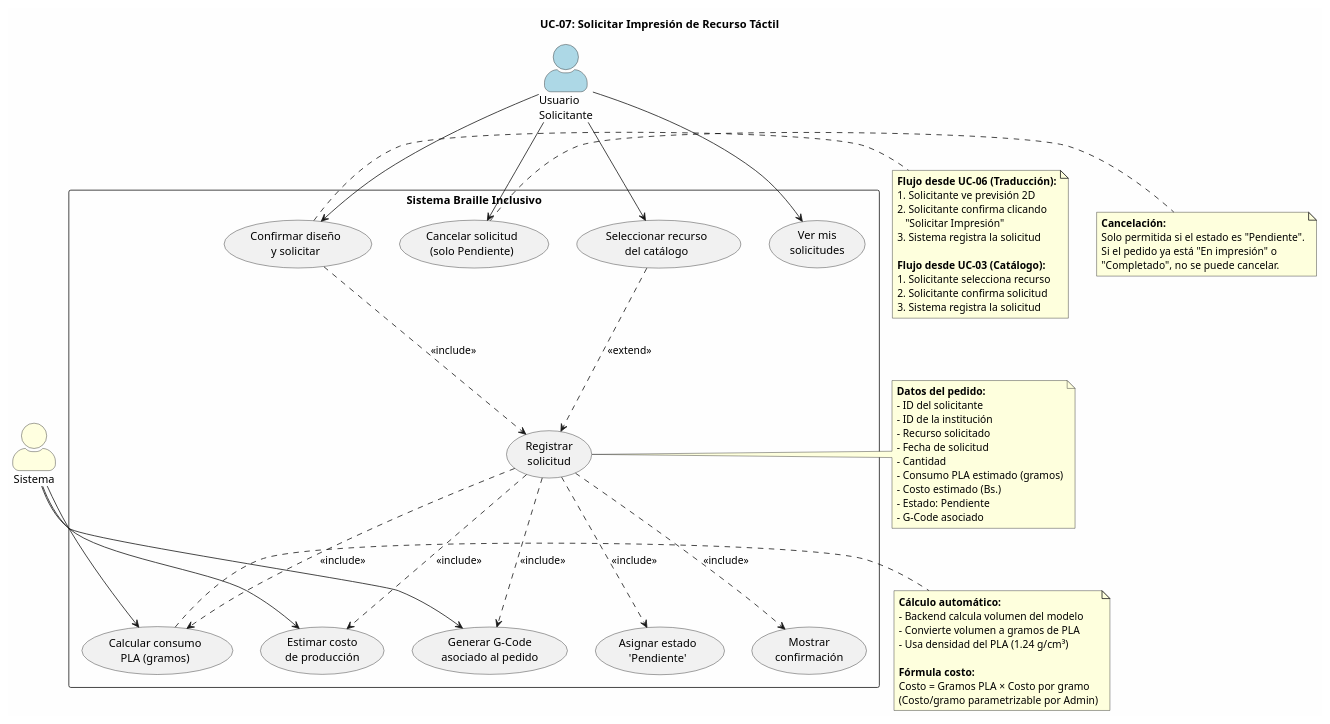
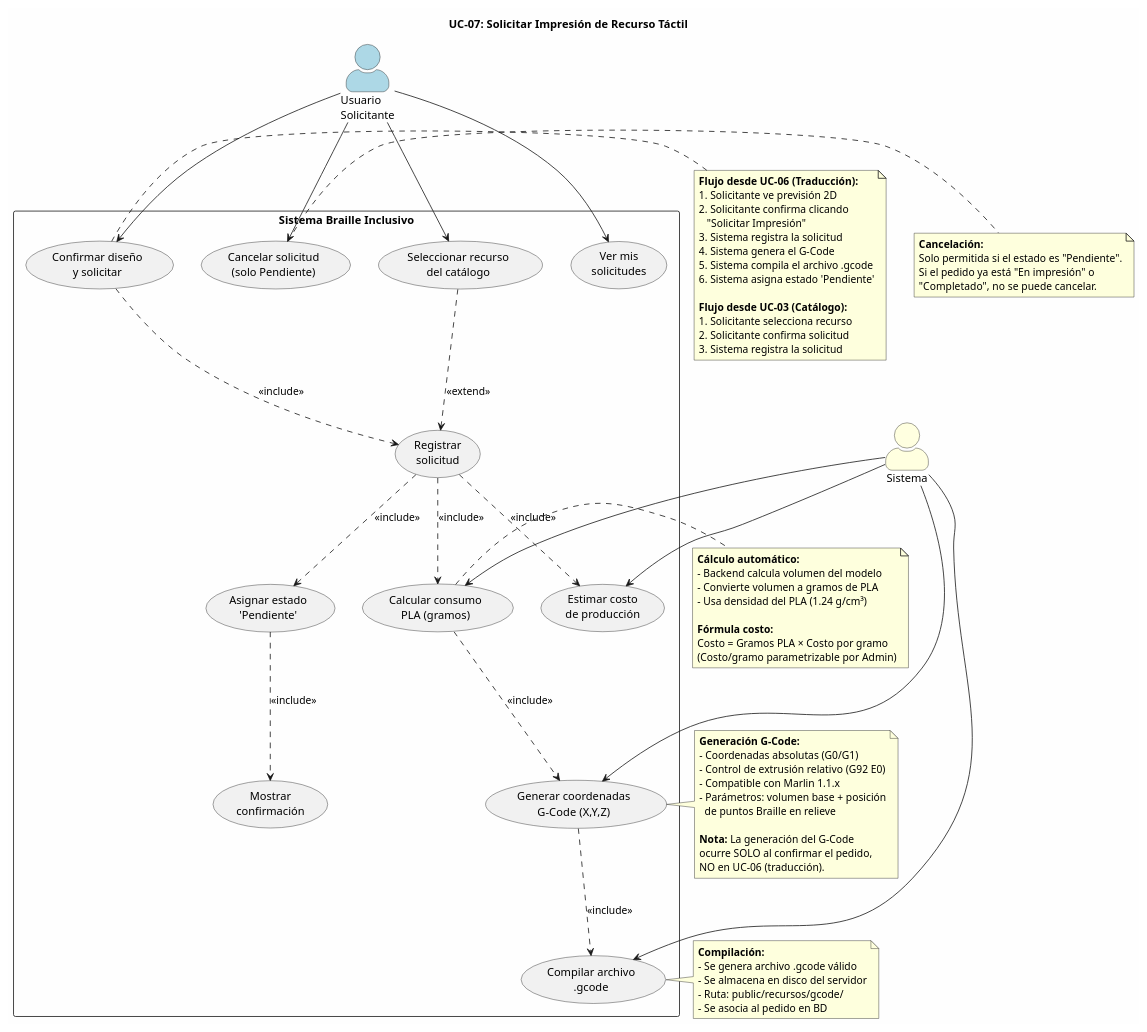
The diagram in docs/casos_de_uso/plantuml/UC07_solicitar_impresion.puml (ArlTechDev/sistema-3d-inclusivo), drawn with PlantUML before and after one commit. The commit also changed 9 other files, not shown here.

First line of the commit message:
feat(docs): corregir UC-06/UC-07 y crear 3 diagramas técnicos

```diff
--- a/docs/casos_de_uso/plantuml/UC07_solicitar_impresion.puml
+++ b/docs/casos_de_uso/plantuml/UC07_solicitar_impresion.puml
@@ -1,99 +1,113 @@
 @startuml UC07_Solicitar_Impresion
 ' =============================================
 ' UC-07: Solicitar Impresión
 ' Módulo 3: Gestión de Pedidos y Costos de Producción
 ' Actor: Solicitante
 ' =============================================
 
 skinparam actorStyle awesome
 skinparam packageStyle rectangle
 skinparam backgroundColor #FEFEFE
 skinparam shadowing false
 
 title UC-07: Solicitar Impresión de Recurso Táctil
 
 ' === ACTORES ===
 actor "Usuario\nSolicitante" as S #LightBlue
 actor "Sistema" as SYS #LightYellow
 
 ' === SISTEMA ===
 rectangle "Sistema Braille Inclusivo" {
 
     usecase "Confirmar diseño\ny solicitar" as UC07a
     usecase "Seleccionar recurso\ndel catálogo" as UC07b
     usecase "Registrar\nsolicitud" as UC07c
     usecase "Calcular consumo\nPLA (gramos)" as UC07d
     usecase "Estimar costo\nde producción" as UC07e
-    usecase "Generar G-Code\nasociado al pedido" as UC07f
-    usecase "Asignar estado\n'Pendiente'" as UC07g
-    usecase "Mostrar\nconfirmación" as UC07h
-    usecase "Ver mis\nsolicitudes" as UC07i
-    usecase "Cancelar solicitud\n(solo Pendiente)" as UC07j
+    usecase "Generar coordenadas\nG-Code (X,Y,Z)" as UC07f
+    usecase "Compilar archivo\n.gcode" as UC07g
+    usecase "Asignar estado\n'Pendiente'" as UC07h
+    usecase "Mostrar\nconfirmación" as UC07i
+    usecase "Ver mis\nsolicitudes" as UC07j
+    usecase "Cancelar solicitud\n(solo Pendiente)" as UC07k
 
 }
 
 ' === CONEXIONES ===
 S --> UC07a
 S --> UC07b
-S --> UC07i
 S --> UC07j
+S --> UC07k
 
 UC07a ..> UC07c : <<include>>
 UC07c ..> UC07d : <<include>>
 UC07c ..> UC07e : <<include>>
-UC07c ..> UC07f : <<include>>
-UC07c ..> UC07g : <<include>>
+UC07d ..> UC07f : <<include>>
+UC07f ..> UC07g : <<include>>
 UC07c ..> UC07h : <<include>>
+UC07h ..> UC07i : <<include>>
 
 UC07b ..> UC07c : <<extend>>
 
 SYS --> UC07d
 SYS --> UC07e
 SYS --> UC07f
+SYS --> UC07g
 
 ' === NOTAS ===
 note right of UC07a
   **Flujo desde UC-06 (Traducción):**
   1. Solicitante ve previsión 2D
   2. Solicitante confirma clicando
      "Solicitar Impresión"
   3. Sistema registra la solicitud
+  4. Sistema genera el G-Code
+  5. Sistema compila el archivo .gcode
+  6. Sistema asigna estado 'Pendiente'
 
   **Flujo desde UC-03 (Catálogo):**
   1. Solicitante selecciona recurso
   2. Solicitante confirma solicitud
   3. Sistema registra la solicitud
 end note
 
 note right of UC07d
   **Cálculo automático:**
   - Backend calcula volumen del modelo
   - Convierte volumen a gramos de PLA
   - Usa densidad del PLA (1.24 g/cm³)
 
   **Fórmula costo:**
   Costo = Gramos PLA × Costo por gramo
   (Costo/gramo parametrizable por Admin)
 end note
 
-note right of UC07c
-  **Datos del pedido:**
-  - ID del solicitante
-  - ID de la institución
-  - Recurso solicitado
-  - Fecha de solicitud
-  - Cantidad
-  - Consumo PLA estimado (gramos)
-  - Costo estimado (Bs.)
-  - Estado: Pendiente
-  - G-Code asociado
+note right of UC07f
+  **Generación G-Code:**
+  - Coordenadas absolutas (G0/G1)
+  - Control de extrusión relativo (G92 E0)
+  - Compatible con Marlin 1.1.x
+  - Parámetros: volumen base + posición
+    de puntos Braille en relieve
+
+  **Nota:** La generación del G-Code
+  ocurre SOLO al confirmar el pedido,
+  NO en UC-06 (traducción).
 end note
 
-note right of UC07j
+note right of UC07g
+  **Compilación:**
+  - Se genera archivo .gcode válido
+  - Se almacena en disco del servidor
+  - Ruta: public/recursos/gcode/
+  - Se asocia al pedido en BD
+end note
+
+note right of UC07k
   **Cancelación:**
   Solo permitida si el estado es "Pendiente".
   Si el pedido ya está "En impresión" o
   "Completado", no se puede cancelar.
 end note
 
 @enduml
```
